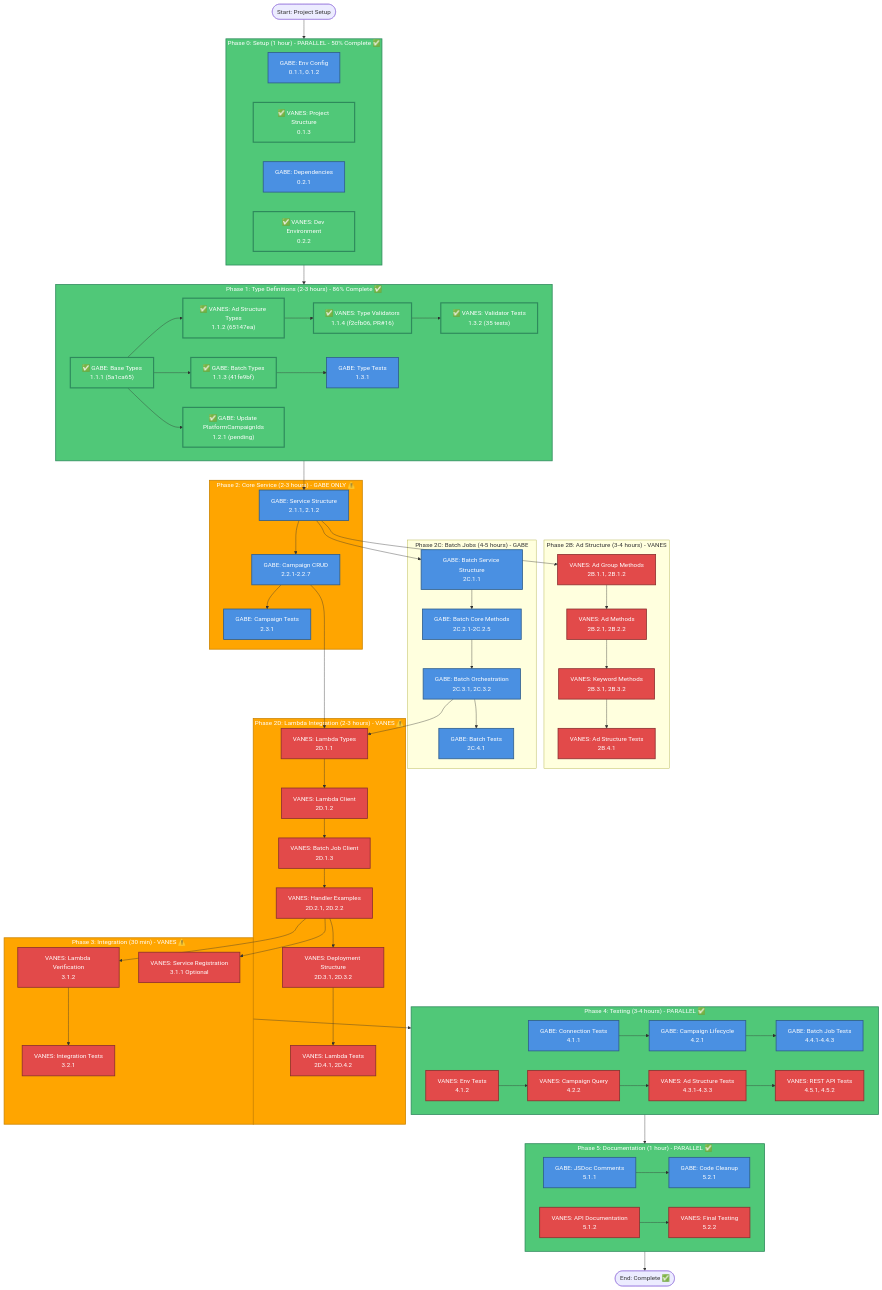
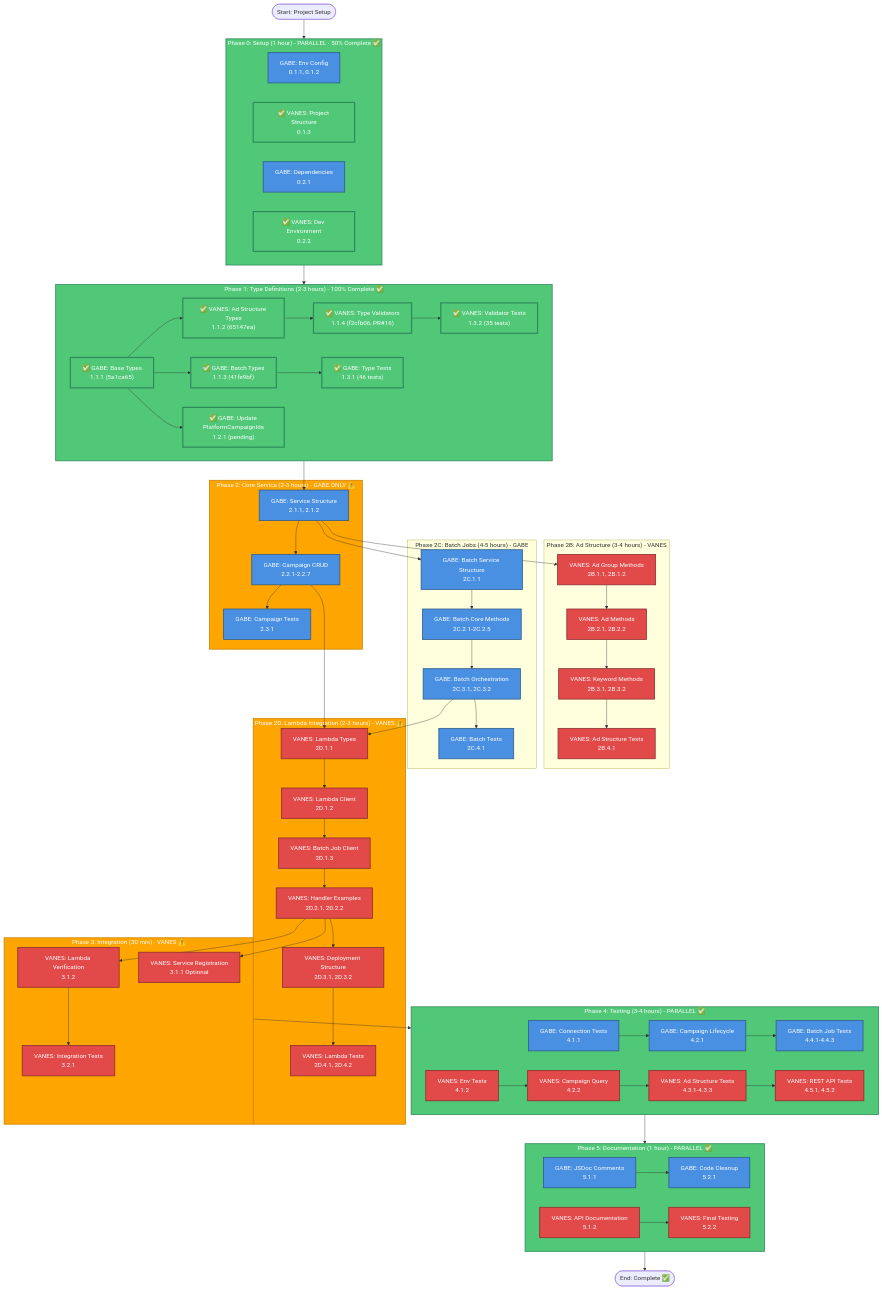
Before and after one commit to gratefulgabe5000/MarinSoftware-Module-Agentic-Campaign-Managers: the diagram in 1. Marin Adtech/2. Agentic Campaign Manager/2. Artifacts/2. Integrated MVP/TASKLIST-Marin-Dispatcher-Integration-WORKFLOW.md, drawn with Mermaid. The commit also changed other lines of this file and 2 other files, not shown here.

Commit message:
phase 1 complete

````diff
--- a/1. Marin Adtech/2. Agentic Campaign Manager/2. Artifacts/2. Integrated MVP/TASKLIST-Marin-Dispatcher-Integration-WORKFLOW.md
+++ b/1. Marin Adtech/2. Agentic Campaign Manager/2. Artifacts/2. Integrated MVP/TASKLIST-Marin-Dispatcher-Integration-WORKFLOW.md
@@ -187,14 +188,14 @@
         V0_2["✅ VANES: Dev Environment<br/>0.2.2"]
     end
     
-    %% Phase 1: Types (PARALLEL after 1.1.1) - 86% Complete
-    subgraph Phase1["Phase 1: Type Definitions (2-3 hours) - 86% Complete ✅"]
+    %% Phase 1: Types (PARALLEL after 1.1.1) - 100% Complete
+    subgraph Phase1["Phase 1: Type Definitions (2-3 hours) - 100% Complete ✅"]
         G1_1["✅ GABE: Base Types<br/>1.1.1 (5a1ca65)"]
         G1_3["✅ GABE: Batch Types<br/>1.1.3 (41fe9bf)"]
         G1_2_1["✅ GABE: Update PlatformCampaignIds<br/>1.2.1 (pending)"]
         V1_2["✅ VANES: Ad Structure Types<br/>1.1.2 (65147ea)"]
         V1_4["✅ VANES: Type Validators<br/>1.1.4 (f2cfb06, PR#16)"]
-        G1_3_1[GABE: Type Tests<br/>1.3.1]
+        G1_3_1["✅ GABE: Type Tests<br/>1.3.1 (46 tests)"]
         V1_3_2["✅ VANES: Validator Tests<br/>1.3.2 (35 tests)"]
     end
     
@@ -327,9 +328,9 @@
     classDef sequential fill:#FFA500,stroke:#CC8400,stroke-width:2px,color:#fff
     classDef phase fill:#9B59B6,stroke:#6B3A8A,stroke-width:3px,color:#fff
 
-    class G0_1,G0_2,G1_3_1,G2_1,G2_2,G2_3,G2C_1,G2C_2,G2C_3,G2C_4,G4_1,G4_2,G4_3,G5_1,G5_2 gabePath
+    class G0_1,G0_2,G2_1,G2_2,G2_3,G2C_1,G2C_2,G2C_3,G2C_4,G4_1,G4_2,G4_3,G5_1,G5_2 gabePath
     class V2B_1,V2B_2,V2B_3,V2B_4,V2D_1,V2D_2,V2D_3,V2D_4,V2D_5,V2D_6,V3_1,V3_2,V3_3,V4_1,V4_2,V4_3,V4_4,V5_1,V5_2 vanesPath
-    class V0_1,V0_2,G1_1,G1_3,G1_2_1,V1_2,V1_4,V1_3_2 completed
+    class V0_1,V0_2,G1_1,G1_3,G1_2_1,G1_3_1,V1_2,V1_4,V1_3_2 completed
     class Phase0,Phase1,Phase4,Phase5 parallel
     class Phase2,Phase2D,Phase3 sequential
 ```
````
